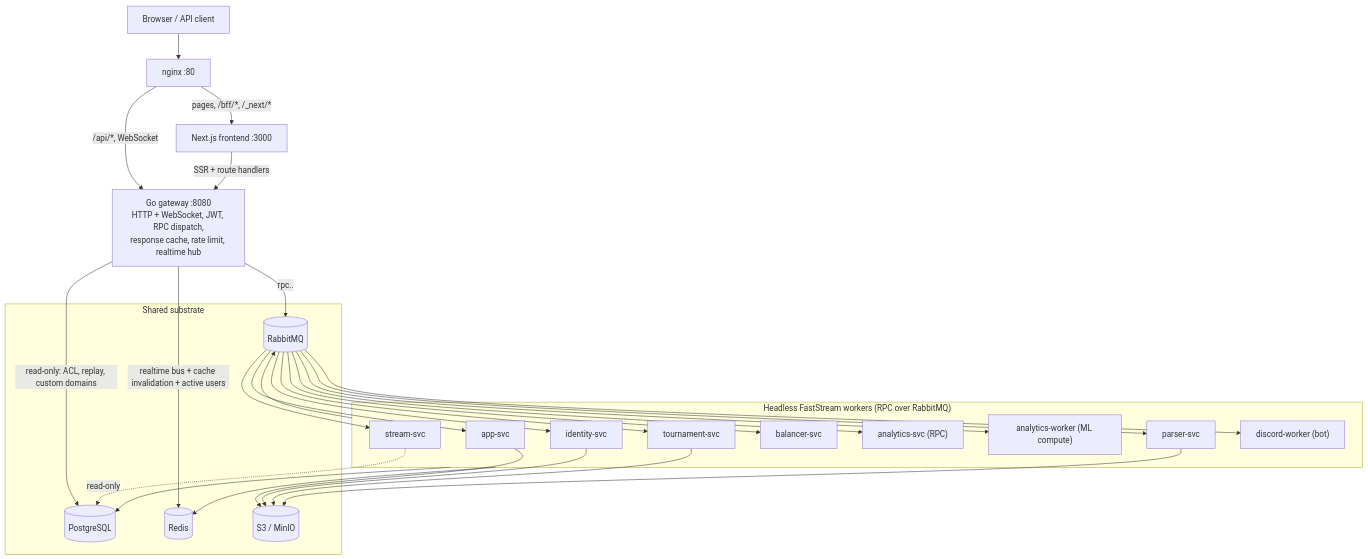
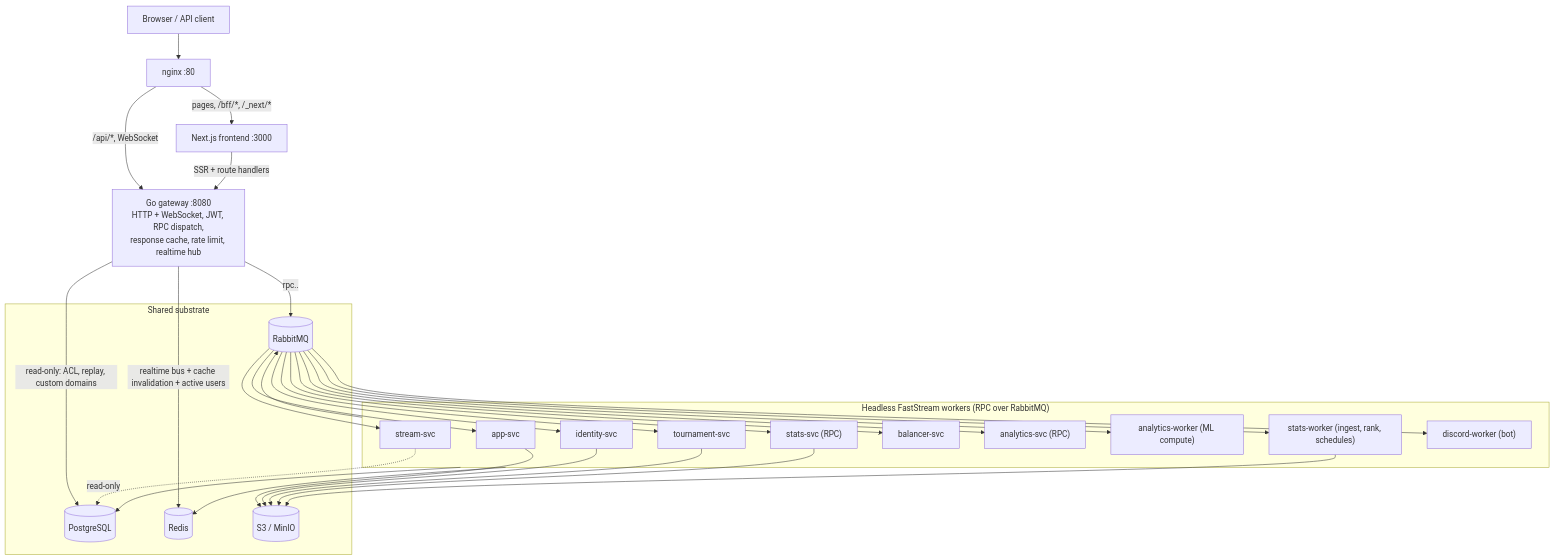
One commit to CraazzzyyFoxx/anak-tournaments changed the diagram in docs/architecture.md. Above: the diagram before and after it, drawn with Mermaid. The commit also changed other lines of this file and 432 other files, not shown here.

First line of the commit message:
refactor(stats): parser-service becomes stats-service with rpc and worker processes

````diff
--- a/docs/architecture.md
+++ b/docs/architecture.md
@@ -28,45 +28,47 @@
 ```mermaid
 flowchart TB
     Browser["Browser / API client"]
     Nginx["nginx :80"]
     GW["Go gateway :8080\nHTTP + WebSocket, JWT, RPC dispatch,\nresponse cache, rate limit, realtime hub"]
     FE["Next.js frontend :3000"]
 
     subgraph Workers["Headless FastStream workers (RPC over RabbitMQ)"]
       APP["app-svc"]
       ID["identity-svc"]
       TOUR["tournament-svc"]
-      PARSE["parser-svc"]
+      PARSE["stats-svc (RPC)"]
+      STATSW["stats-worker (ingest, rank, schedules)"]
       BAL["balancer-svc"]
       ANARPC["analytics-svc (RPC)"]
       ANAW["analytics-worker (ML compute)"]
       STREAM["stream-svc"]
       DISC["discord-worker (bot)"]
     end
 
     subgraph Infra["Shared substrate"]
       PG[("PostgreSQL")]
       RD[("Redis")]
       MQ[("RabbitMQ")]
       S3[("S3 / MinIO")]
     end
 
     Browser --> Nginx
     Nginx -- "/api/*, WebSocket" --> GW
     Nginx -- "pages, /bff/*, /_next/*" --> FE
     FE -- "SSR + route handlers" --> GW
     GW -- "rpc.<svc>.<method>" --> MQ
-    MQ --> APP & ID & TOUR & PARSE & BAL & ANARPC & STREAM
+    MQ --> APP & ID & TOUR & PARSE & STATSW & BAL & ANARPC & STREAM
     GW -- "read-only: ACL, replay, custom domains" --> PG
     GW -- "realtime bus + cache invalidation + active users" --> RD
     Workers --> PG
     Workers --> RD
     STREAM -. "read-only" .-> PG
     Workers --> MQ
     APP --> S3
     ID --> S3
     TOUR --> S3
     PARSE --> S3
+    STATSW --> S3
     MQ --> ANAW
     MQ --> DISC
 ```
````
